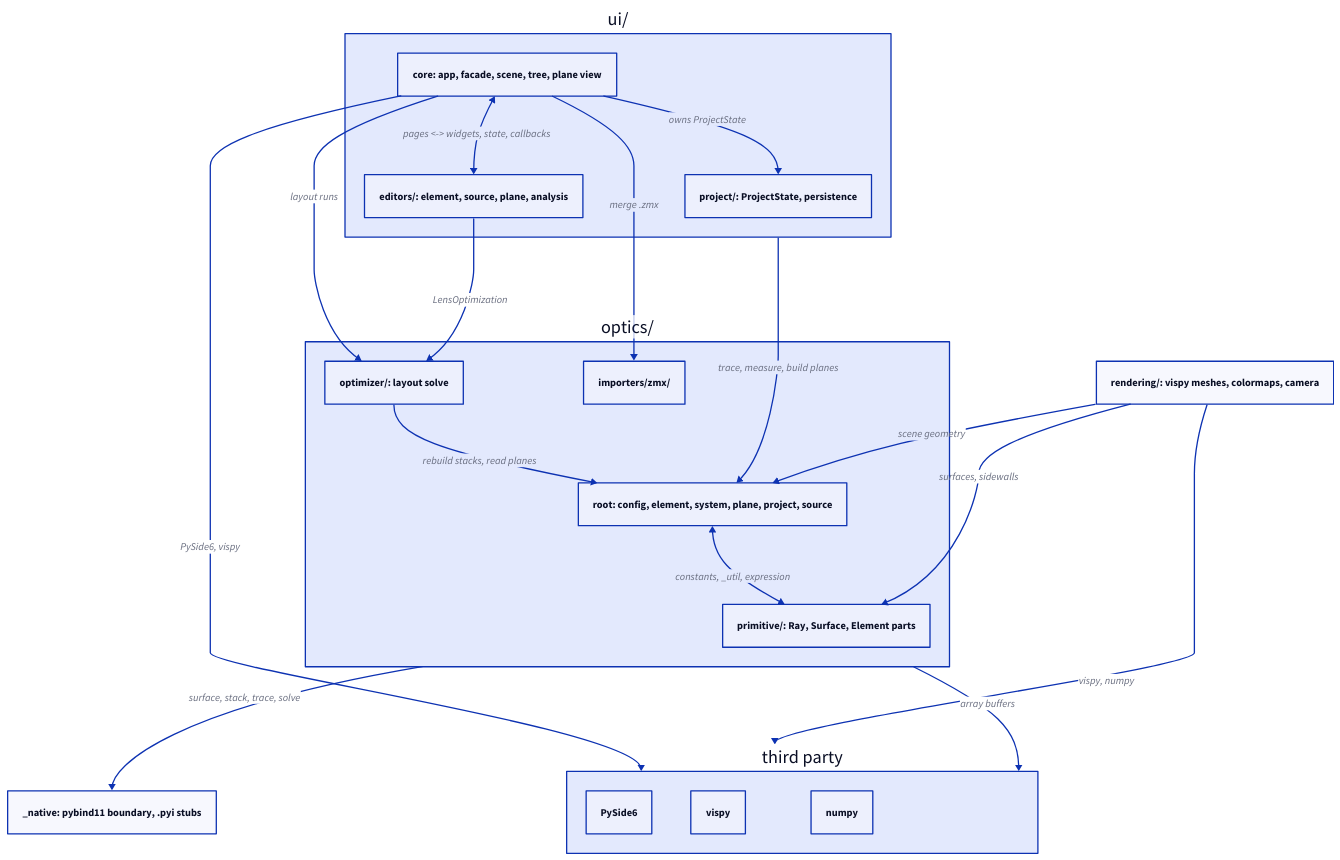
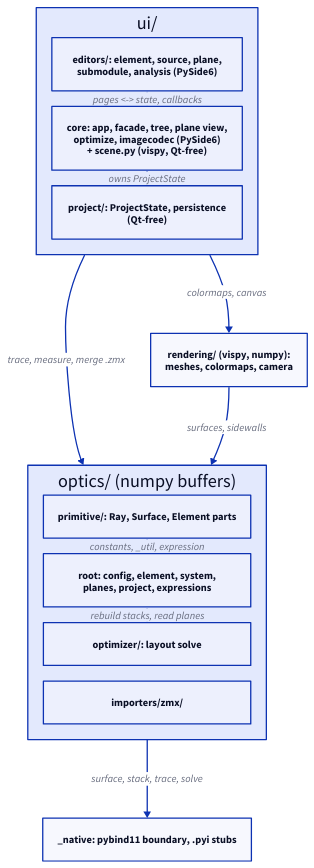
One commit to propane865/OpticsSimulator changed the diagram in docs/diagrams/python-dependencies.d2. Above: the diagram before and after it, drawn with D2. The commit also changed 16 other files, not shown here.

Commit message:
docs: update diagrams and architecture

```diff
--- a/docs/diagrams/python-dependencies.d2
+++ b/docs/diagrams/python-dependencies.d2
@@ -1,41 +1,33 @@
 direction: down
 
 ui: "ui/" {
-  core: "core: app, facade, scene, tree, plane view"
-  ed: "editors/: element, source, plane, analysis"
-  proj: "project/: ProjectState, persistence"
+  grid-rows: 3
+  grid-gap: 24
+  ed: "editors/: element, source, plane,\nsubmodule, analysis (PySide6)"
+  core: "core: app, facade, tree, plane view,\noptimize, imagecodec (PySide6)\n+ scene.py (vispy, Qt-free)"
+  proj: "project/: ProjectState, persistence\n(Qt-free)"
 
-  core <-> ed: "pages <-> widgets, state, callbacks"
+  ed <-> core: "pages <-> state, callbacks"
   core -> proj: owns ProjectState
 }
 
-rendering: "rendering/: vispy meshes, colormaps, camera"
+rendering: "rendering/ (vispy, numpy):\nmeshes, colormaps, camera"
 
-optics: "optics/" {
-  root: "root: config, element, system, plane, project, source"
+optics: "optics/ (numpy buffers)" {
+  grid-rows: 4
+  grid-gap: 24
   prim: "primitive/: Ray, Surface, Element parts"
+  root: "root: config, element, system,\nplanes, project, expressions"
   opt: "optimizer/: layout solve"
   imp: "importers/zmx/"
 
-  root <-> prim: "constants, _util, expression"
+  prim <-> root: "constants, _util, expression"
   opt -> root: "rebuild stacks, read planes"
 }
 
 abi: "_native: pybind11 boundary, .pyi stubs"
 
-third: "third party" {
-  pyside: PySide6
-  vispy: vispy
-  numpy: numpy
-}
-
-ui -> optics.root: "trace, measure, build planes"
-ui.core -> optics.opt: layout runs
-ui.core -> optics.imp: "merge .zmx"
-ui.ed -> optics.opt: LensOptimization
-rendering -> optics.root: scene geometry
-rendering -> optics.prim: "surfaces, sidewalls"
+ui -> rendering: "colormaps, canvas"
+ui -> optics: "trace, measure, merge .zmx"
+rendering -> optics: "surfaces, sidewalls"
 optics -> abi: "surface, stack, trace, solve"
-ui.core -> third: "PySide6, vispy"
-rendering -> third: "vispy, numpy"
-optics -> third: "array buffers"
```
